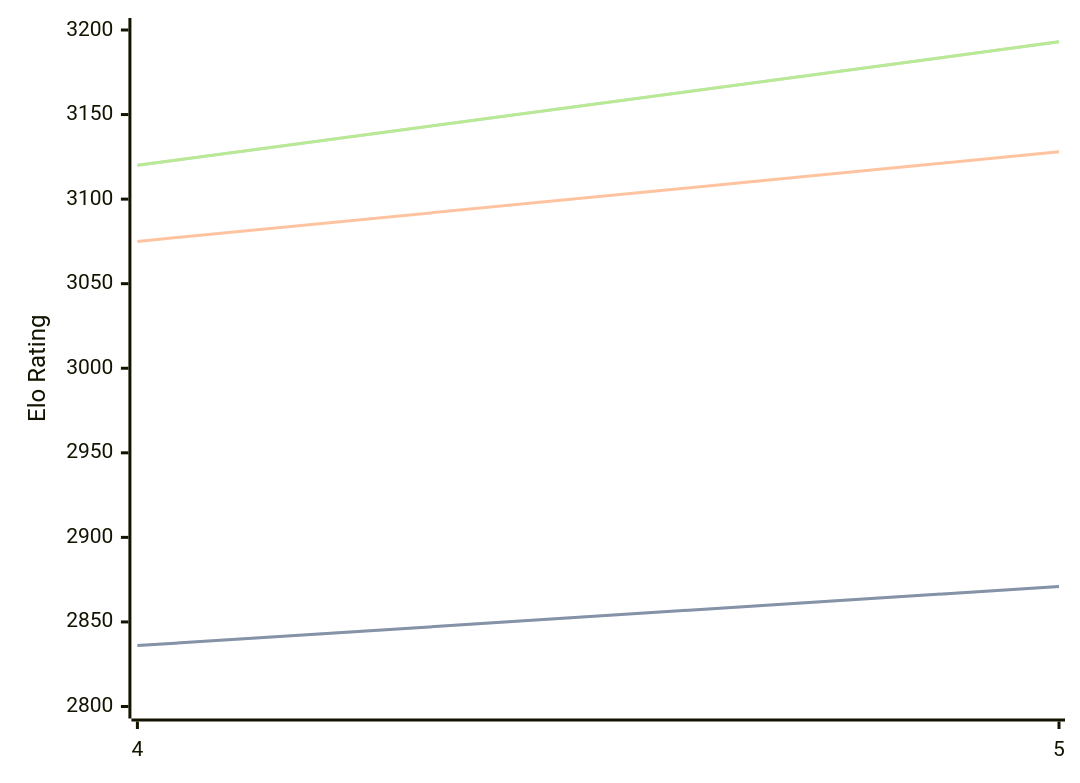
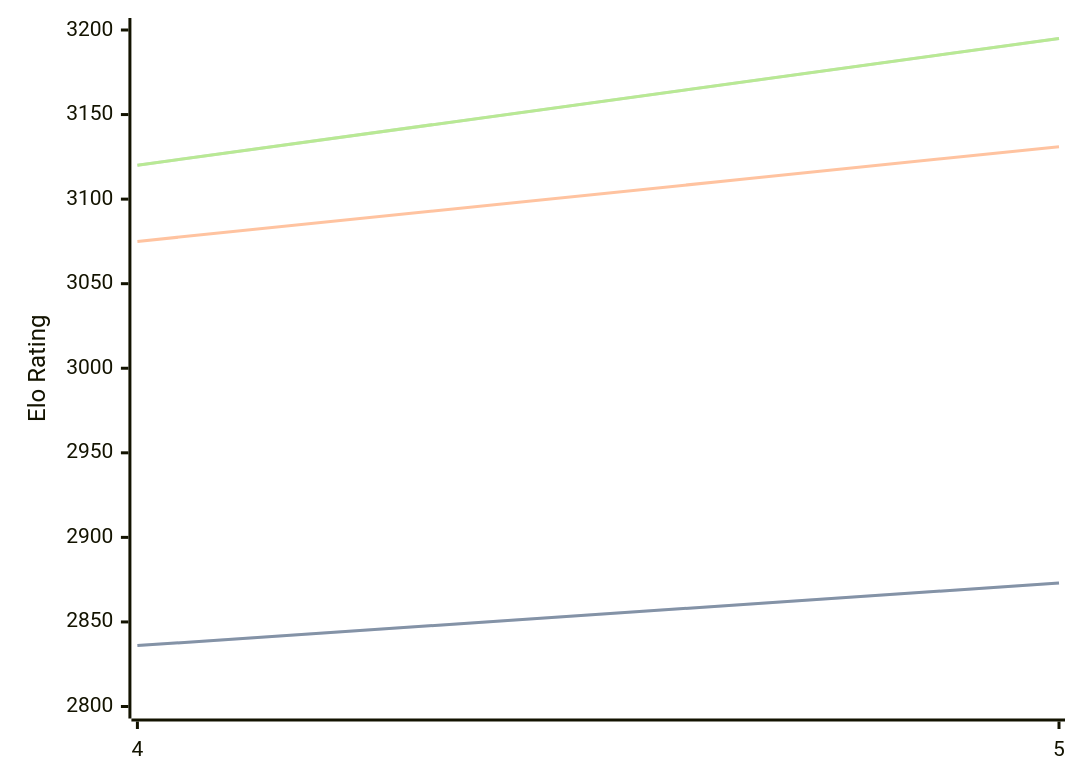
One commit to computer-chess-index/cci changed the diagram in engines/Cwtch.md. Above: the diagram before and after it, drawn with Mermaid. The commit also changed other lines of this file, not shown here.

Commit message:
Update CCI Ratings (ELO VLTC) - 2026-05-21

````diff
--- a/engines/Cwtch.md
+++ b/engines/Cwtch.md
@@ -34,11 +34,11 @@
 ```mermaid
 %%{init: {"theme":"base","themeVariables":{"seriesColors:['#a3a3a3','#222221','#faa371']}}}%%
 xychart-beta
   x-axis ["4", "5"]
   y-axis "Elo Rating" 2800 --> 3200
-  line "STC (8.0+0.08s)" [2836, 2871]
-  line "STC (8.0+0.08s)" [2836, 2871]
-  line "LTC (60.0+0.60s)" [3075, 3128]
-  line "VLTC (2m24s+1.12s)" [3120, 3193]
-  line "VLTC (2m24s+1.12s)" [3120, 3193]
+  line "STC (8.0+0.08s)" [2836, 2873]
+  line "STC (8.0+0.08s)" [2836, 2873]
+  line "LTC (60.0+0.60s)" [3075, 3131]
+  line "VLTC (2m24s+1.12s)" [3120, 3195]
+  line "VLTC (2m24s+1.12s)" [3120, 3195]
 ```
````
